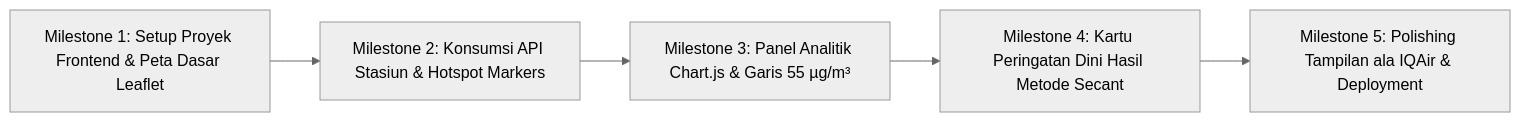
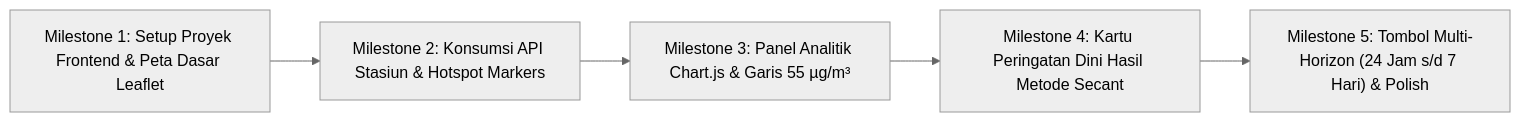
Before and after one commit to Naufal0620/prediksi-kualitas-udara-metode-numerik: the diagram in AGENTS.md, drawn with Mermaid (neutral theme). The commit also changed other lines of this file and 2 other files, not shown here.

````diff
--- a/AGENTS.md
+++ b/AGENTS.md
@@ -9,7 +9,7 @@
 ```mermaid
 flowchart LR
     M1["Milestone 1: Setup Proyek Frontend & Peta Dasar Leaflet"] --> M2["Milestone 2: Konsumsi API Stasiun & Hotspot Markers"]
     M2 --> M3["Milestone 3: Panel Analitik Chart.js & Garis 55 µg/m³"]
     M3 --> M4["Milestone 4: Kartu Peringatan Dini Hasil Metode Secant"]
-    M4 --> M5["Milestone 5: Polishing Tampilan ala IQAir & Deployment"]
+    M4 --> M5["Milestone 5: Tombol Multi-Horizon (24 Jam s/d 7 Hari) & Polish"]
 ```
````
